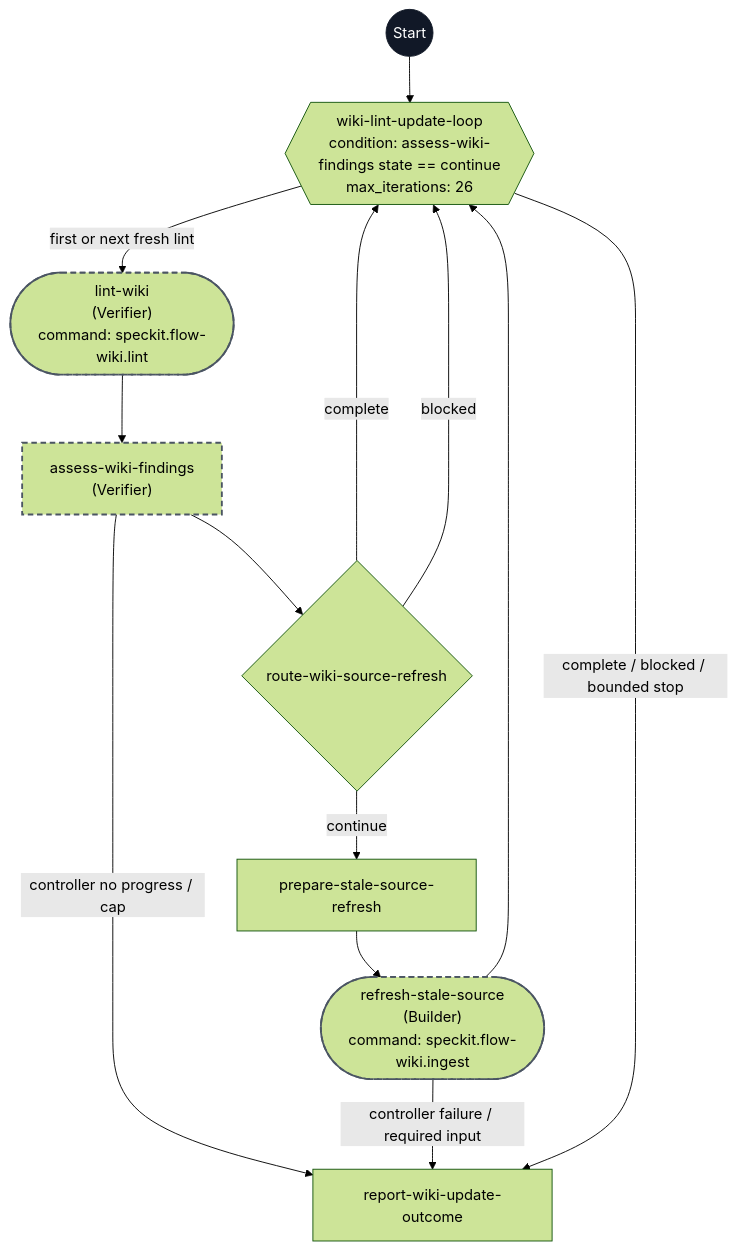
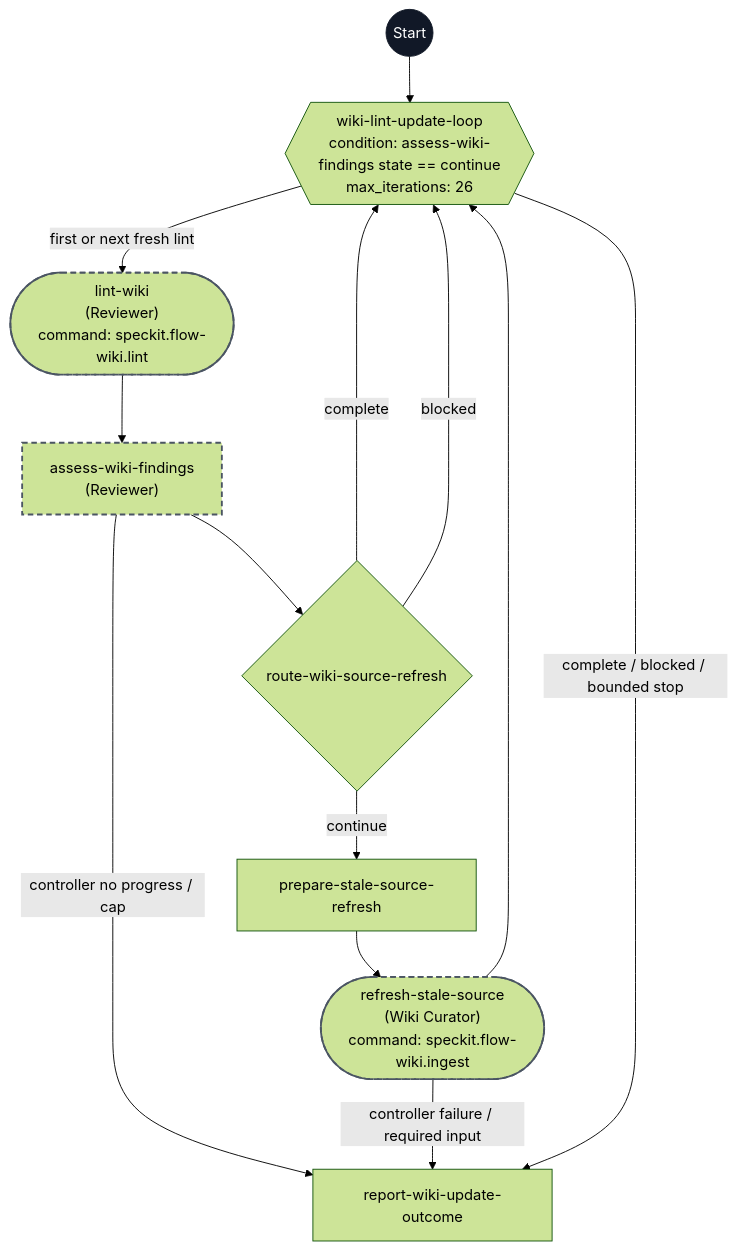
Before and after one commit to pegagio/spec-kit-flow: the diagram in workflows/speckit-flow-wiki-lint-update/flowchart.md, drawn with Mermaid (forest theme). The commit also changed 85 other files, not shown here.

Commit message:
Checkpoint flow-kit workflows

````diff
--- a/workflows/speckit-flow-wiki-lint-update/flowchart.md
+++ b/workflows/speckit-flow-wiki-lint-update/flowchart.md
@@ -5,26 +5,26 @@
 ```mermaid
 flowchart TD
     start((Start))
     loop{{"wiki-lint-update-loop<br/>condition: assess-wiki-findings state == continue<br/>max_iterations: 26"}}
-    lint(["lint-wiki<br/>(Verifier)<br/>command: speckit.flow-wiki.lint"])
-    assess["assess-wiki-findings<br/>(Verifier)"]
+    lint(["lint-wiki<br/>(Reviewer)<br/>command: speckit.flow-wiki.lint"])
+    assess["assess-wiki-findings<br/>(Reviewer)"]
     route@{ shape: diam, label: "route-wiki-source-refresh" }
     prepare["prepare-stale-source-refresh"]
-    ingest(["refresh-stale-source<br/>(Builder)<br/>command: speckit.flow-wiki.ingest"])
+    ingest(["refresh-stale-source<br/>(Wiki Curator)<br/>command: speckit.flow-wiki.ingest"])
     report["report-wiki-update-outcome"]
 
     start --> loop
     loop -- first or next fresh lint --> lint
     lint --> assess --> route
     assess -- controller no progress / cap --> report
     route -- continue --> prepare --> ingest --> loop
     route -- complete --> loop
     route -- blocked --> loop
     ingest -- controller failure / required input --> report
     loop -- complete / blocked / bounded stop --> report
 
     classDef delegated stroke:#4b5563,stroke-width:2px,stroke-dasharray:6 4
     class lint,assess,ingest delegated
     style route stroke-dasharray:0
     style start fill:#111827,stroke:#111827,color:#ffffff
 ```
````
